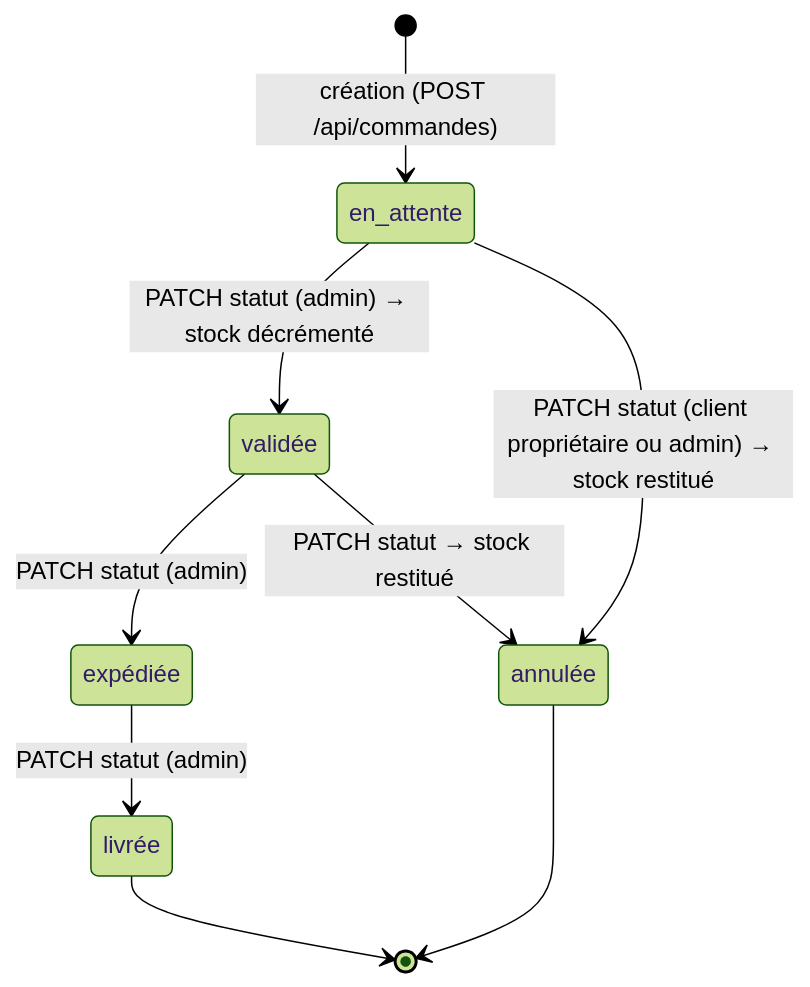
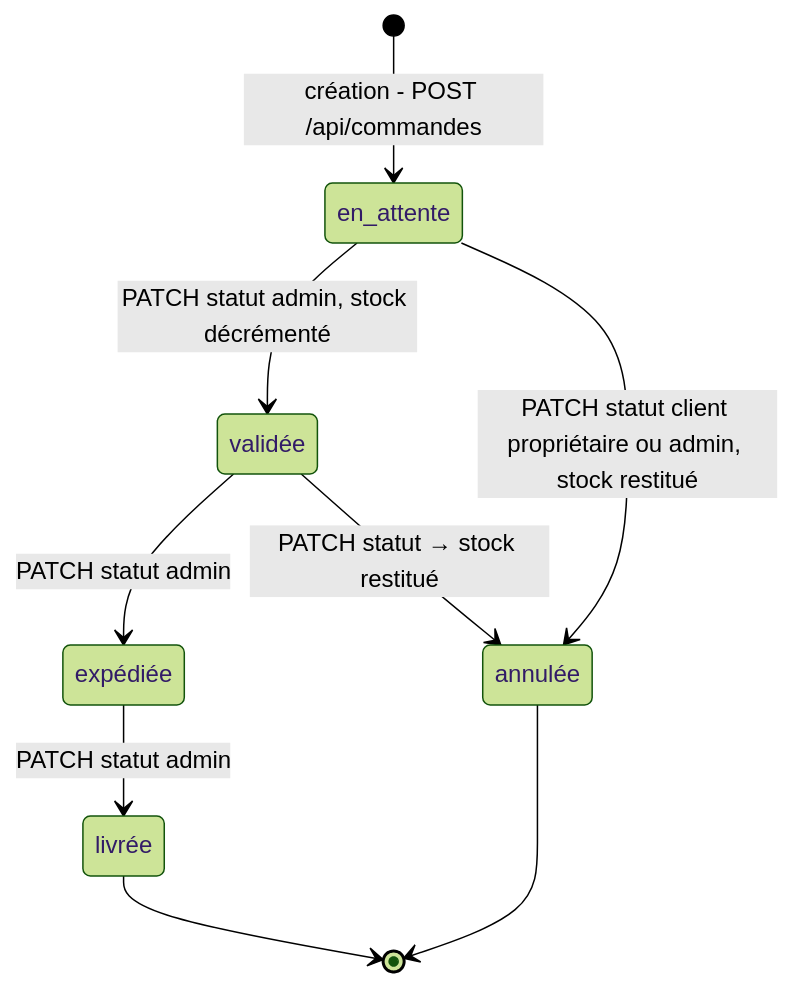
Before and after one commit to ericlacombe/mon-projet-handson-python: the sixth of 8 diagrams in docs/uml-projet.md, drawn with Mermaid (forest theme). The commit also changed other lines of this file, not shown here.

Commit message:
docs(uml-projet.md) : supprime toutes les parenthèses des étiquettes Mermaid (flowchart/séquence/états) pour un rendu GitHub garanti

````diff
--- a/docs/uml-projet.md
+++ b/docs/uml-projet.md
@@ -256,13 +256,13 @@
 ```mermaid
 %% LÉGENDE machine à états UML : [*] = état initial/final · A --> B : événement/déclencheur = PATCH /api/commandes/<id>/statut
 %% Effets de bord : validée → stock décrémenté · annulée → stock restitué
 stateDiagram-v2
-    [*] --> en_attente : création (POST /api/commandes)
-    en_attente --> validée : PATCH statut (admin) → stock décrémenté
-    en_attente --> annulée : PATCH statut (client propriétaire ou admin) → stock restitué
-    validée --> expédiée : PATCH statut (admin)
+    [*] --> en_attente : création - POST /api/commandes
+    en_attente --> validée : PATCH statut admin, stock décrémenté
+    en_attente --> annulée : PATCH statut client propriétaire ou admin, stock restitué
+    validée --> expédiée : PATCH statut admin
     validée --> annulée : PATCH statut → stock restitué
-    expédiée --> livrée : PATCH statut (admin)
+    expédiée --> livrée : PATCH statut admin
     livrée --> [*]
     annulée --> [*]
 ```
````
